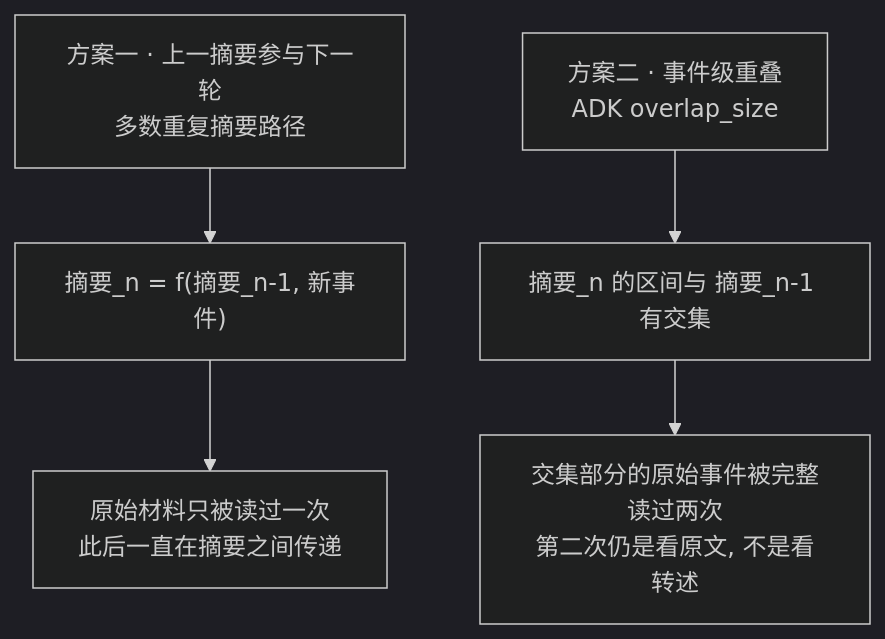
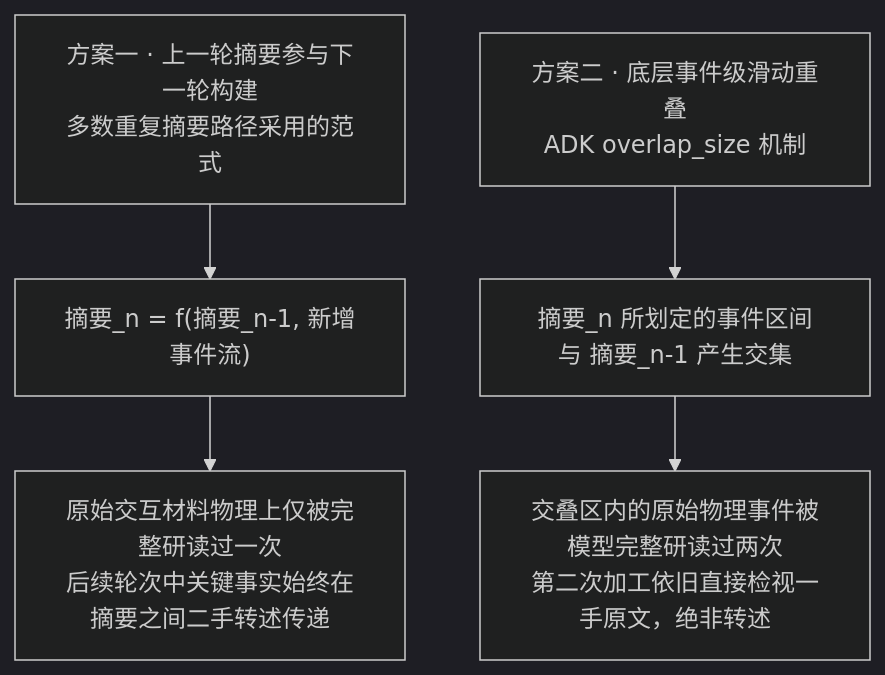
Before and after one commit to caiboyang/ML-learning: the third of 19 diagrams in agent-context-compression/Agent_Context_Compression_Research.md, drawn with Mermaid (dark theme). The commit also changed other lines of this file and 4 other files, not shown here.

````diff
--- a/agent-context-compression/Agent_Context_Compression_Research.md
+++ b/agent-context-compression/Agent_Context_Compression_Research.md
@@ -177,7 +179,7 @@
 ```mermaid
 flowchart TD
-    A["方案一 · 上一摘要参与下一轮<br/>多数重复摘要路径"] --> A1["摘要_n = f(摘要_n-1, 新事件)"]
-    A1 --> A2["原始材料只被读过一次<br/>此后一直在摘要之间传递"]
-    B["方案二 · 事件级重叠<br/>ADK overlap_size"] --> B1["摘要_n 的区间与 摘要_n-1 有交集"]
-    B1 --> B2["交集部分的原始事件被完整读过两次<br/>第二次仍是看原文, 不是看转述"]
+    A["方案一 · 上一轮摘要参与下一轮构建<br/>多数重复摘要路径采用的范式"] --> A1["摘要_n = f(摘要_n-1, 新增事件流)"]
+    A1 --> A2["原始交互材料物理上仅被完整研读过一次<br/>后续轮次中关键事实始终在摘要之间二手转述传递"]
+    B["方案二 · 底层事件级滑动重叠<br/>ADK overlap_size 机制"] --> B1["摘要_n 所划定的事件区间与 摘要_n-1 产生交集"]
+    B1 --> B2["交叠区内的原始物理事件被模型完整研读过两次<br/>第二次加工依旧直接检视一手原文，绝非转述"]
 ```
````
